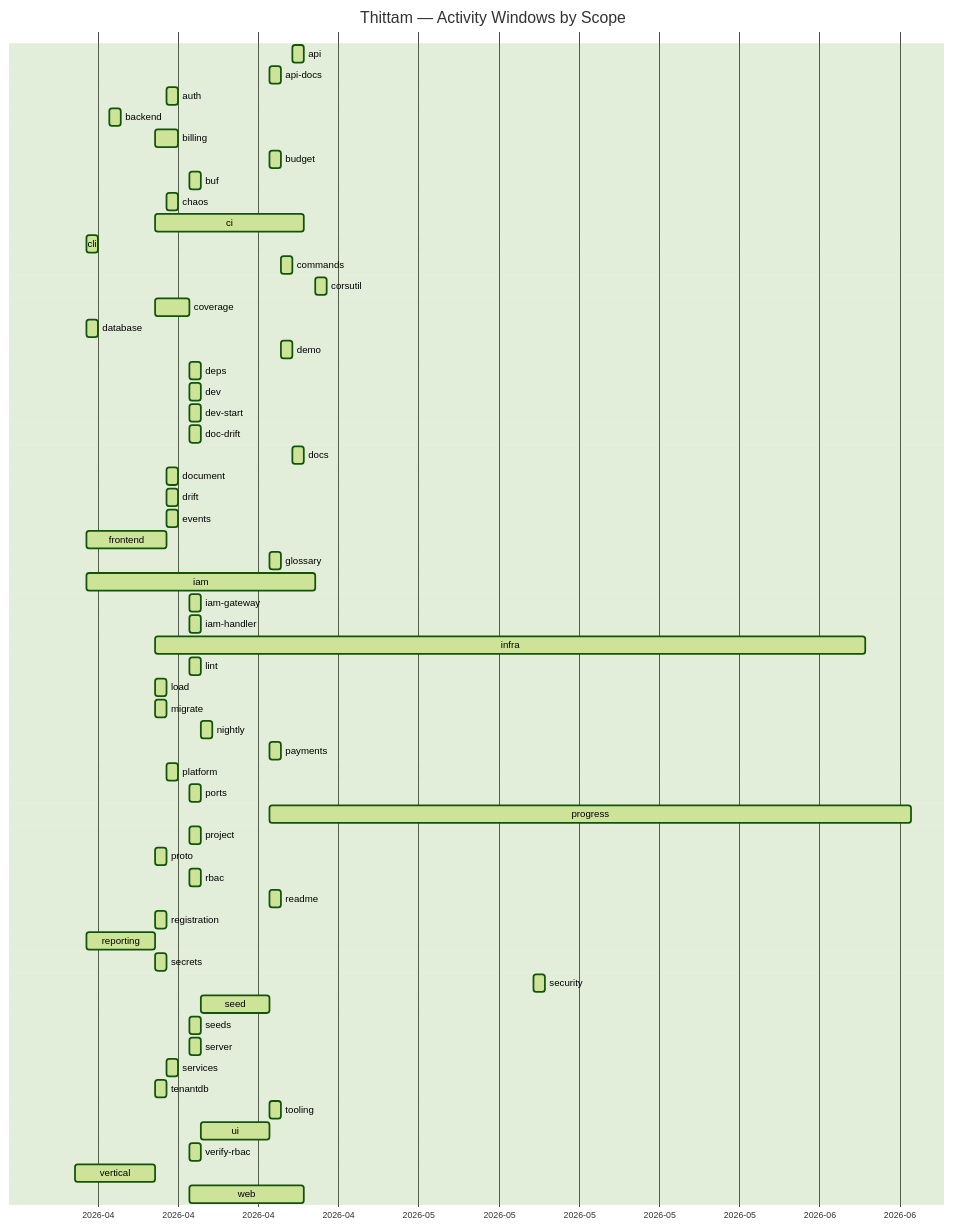
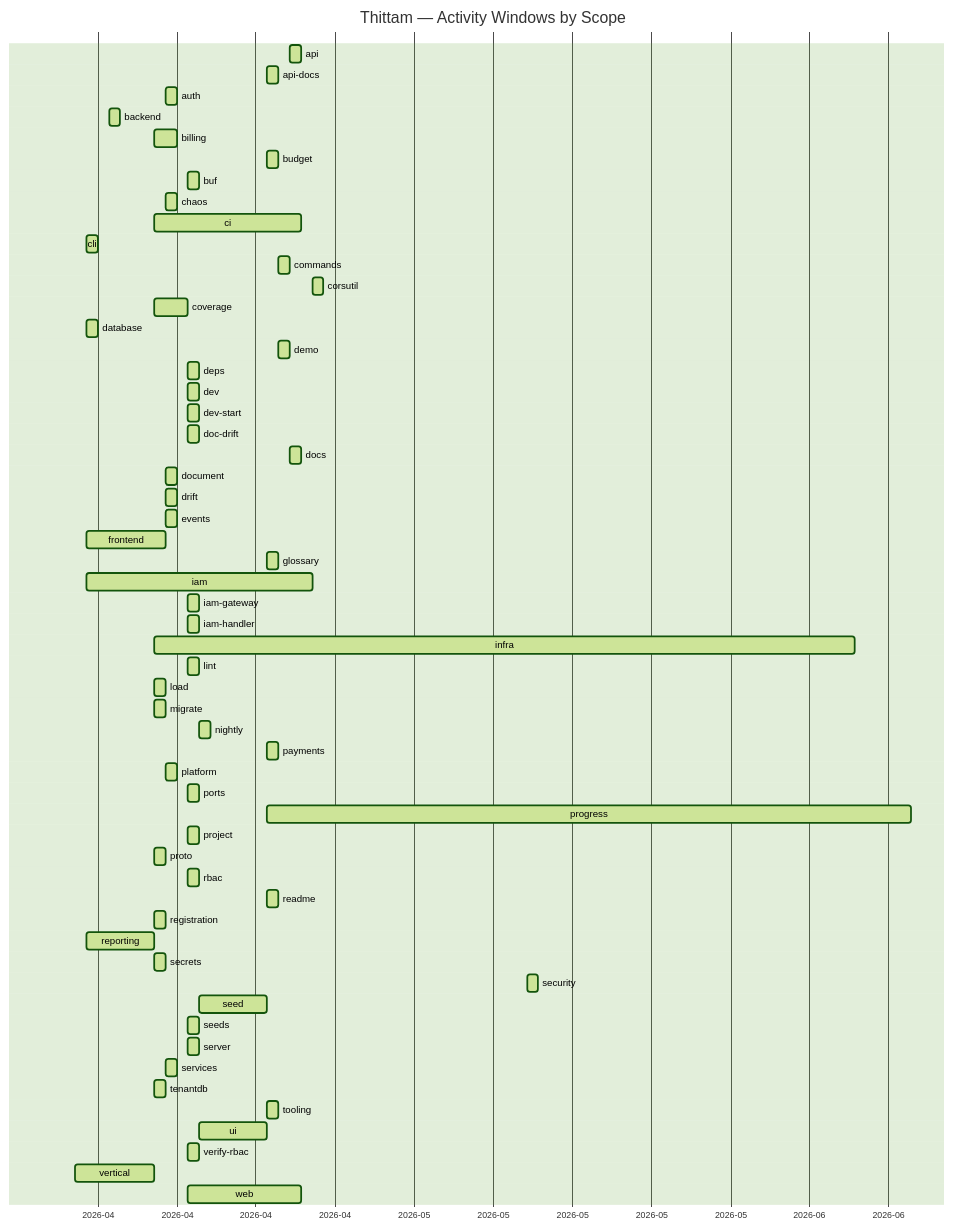
The diagram in docs/PROGRESS.md (wegofwd2020-hub/thittam), drawn with Mermaid (forest theme) before and after one commit. The commit also changed other lines of this file and 1 other file, not shown here.

Commit message:
chore(progress): nightly update of docs/PROGRESS.md + CSVs

````diff
--- a/docs/PROGRESS.md
+++ b/docs/PROGRESS.md
@@ -9,61 +9,61 @@
 ```mermaid
 gantt
     title Thittam — Activity Windows by Scope
     dateFormat YYYY-MM-DD
     axisFormat %Y-%m
     api                :active, s_api, 2026-04-22, 2026-04-23
     api-docs           :active, s_api_docs, 2026-04-20, 2026-04-21
     auth               :active, s_auth, 2026-04-11, 2026-04-12
     backend            :active, s_backend, 2026-04-06, 2026-04-07
     billing            :active, s_billing, 2026-04-10, 2026-04-12
     budget             :active, s_budget, 2026-04-20, 2026-04-21
     buf                :active, s_buf, 2026-04-13, 2026-04-14
     chaos              :active, s_chaos, 2026-04-11, 2026-04-12
     ci                 :active, s_ci, 2026-04-10, 2026-04-23
     cli                :active, s_cli, 2026-04-04, 2026-04-05
     commands           :active, s_commands, 2026-04-21, 2026-04-22
     corsutil           :active, s_corsutil, 2026-04-24, 2026-04-25
     coverage           :active, s_coverage, 2026-04-10, 2026-04-13
     database           :active, s_database, 2026-04-04, 2026-04-05
     demo               :active, s_demo, 2026-04-21, 2026-04-22
     deps               :active, s_deps, 2026-04-13, 2026-04-14
     dev                :active, s_dev, 2026-04-13, 2026-04-14
     dev-start          :active, s_dev_start, 2026-04-13, 2026-04-14
     doc-drift          :active, s_doc_drift, 2026-04-13, 2026-04-14
     docs               :active, s_docs, 2026-04-22, 2026-04-23
     document           :active, s_document, 2026-04-11, 2026-04-12
     drift              :active, s_drift, 2026-04-11, 2026-04-12
     events             :active, s_events, 2026-04-11, 2026-04-12
     frontend           :active, s_frontend, 2026-04-04, 2026-04-11
     glossary           :active, s_glossary, 2026-04-20, 2026-04-21
     iam                :active, s_iam, 2026-04-04, 2026-04-24
     iam-gateway        :active, s_iam_gateway, 2026-04-13, 2026-04-14
     iam-handler        :active, s_iam_handler, 2026-04-13, 2026-04-14
     infra              :active, s_infra, 2026-04-10, 2026-06-11
     lint               :active, s_lint, 2026-04-13, 2026-04-14
     load               :active, s_load, 2026-04-10, 2026-04-11
     migrate            :active, s_migrate, 2026-04-10, 2026-04-11
     nightly            :active, s_nightly, 2026-04-14, 2026-04-15
     payments           :active, s_payments, 2026-04-20, 2026-04-21
     platform           :active, s_platform, 2026-04-11, 2026-04-12
     ports              :active, s_ports, 2026-04-13, 2026-04-14
-    progress           :active, s_progress, 2026-04-20, 2026-06-15
+    progress           :active, s_progress, 2026-04-20, 2026-06-16
     project            :active, s_project, 2026-04-13, 2026-04-14
     proto              :active, s_proto, 2026-04-10, 2026-04-11
     rbac               :active, s_rbac, 2026-04-13, 2026-04-14
     readme             :active, s_readme, 2026-04-20, 2026-04-21
     registration       :active, s_registration, 2026-04-10, 2026-04-11
     reporting          :active, s_reporting, 2026-04-04, 2026-04-10
     secrets            :active, s_secrets, 2026-04-10, 2026-04-11
     security           :active, s_security, 2026-05-13, 2026-05-14
     seed               :active, s_seed, 2026-04-14, 2026-04-20
     seeds              :active, s_seeds, 2026-04-13, 2026-04-14
     server             :active, s_server, 2026-04-13, 2026-04-14
     services           :active, s_services, 2026-04-11, 2026-04-12
     tenantdb           :active, s_tenantdb, 2026-04-10, 2026-04-11
     tooling            :active, s_tooling, 2026-04-20, 2026-04-21
     ui                 :active, s_ui, 2026-04-14, 2026-04-20
     verify-rbac        :active, s_verify_rbac, 2026-04-13, 2026-04-14
     vertical           :active, s_vertical, 2026-04-03, 2026-04-10
     web                :active, s_web, 2026-04-13, 2026-04-23
 ```
````
